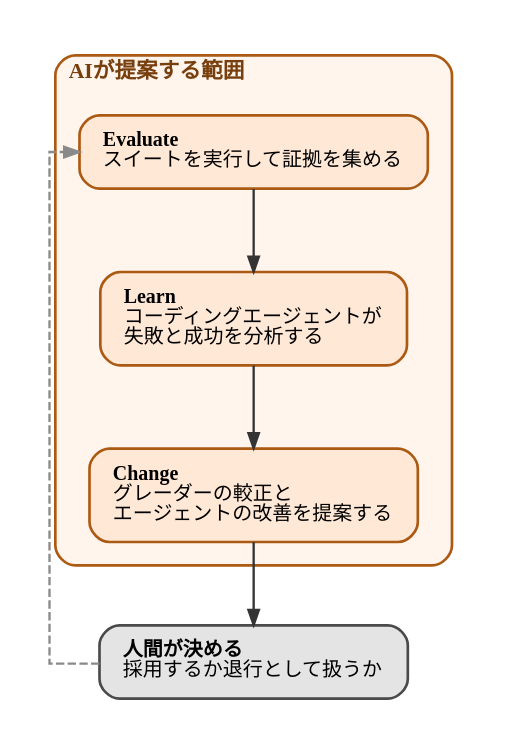
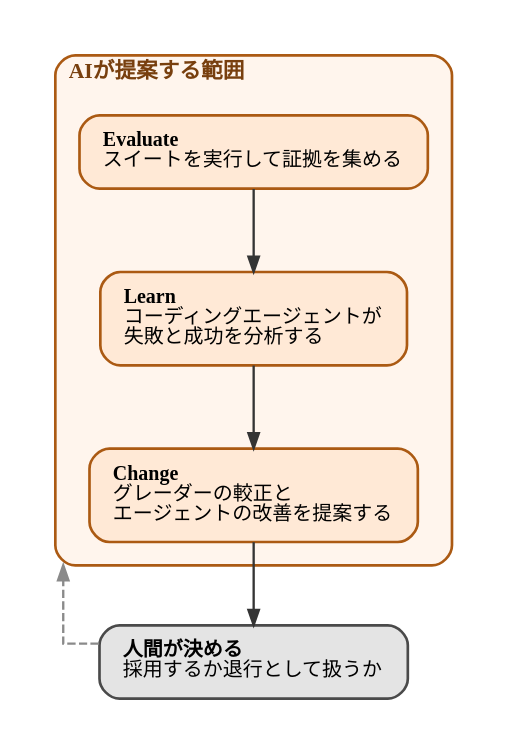
Before and after one commit to ymotongpoo/zenn.dev: the diagram in diagrams/20260929-agent-eval-loop/20260929-eval-loop.dot, drawn with Graphviz. The commit also changed 3 other files, not shown here.

First line of the commit message:
fix(articles): 引用を主張の核に絞り図3の破線を枠から離す

```diff
--- a/diagrams/20260929-agent-eval-loop/20260929-eval-loop.dot
+++ b/diagrams/20260929-agent-eval-loop/20260929-eval-loop.dot
@@ -1,63 +1,77 @@
 // 記事「オブザーバビリティのAIエージェントをどう評価するか」用。
 // Evaluate / Learn / Change の3段と、人間が決める位置を示す。
 //
 // 出典: Yasir Ekinci「Building an evaluation loop for Grafana Assistant」
 // "It is a practical loop where AI proposes, benchmarks verify, and humans decide."
 //
 // 色はブランドパレットに従う。周回の3段は主系列（Orange）、人間の判断は中立（Neutral）。
 // 規範: クラスタをまたぐ辺にラベルを付けない（枠線を跨ぐため）。
-// 各段の具体的な作業内容は本文に置き、図はノード名＋1〜2行に留める。
+//
+// 戻りの破線は、始点(human)がクラスタ外・終点(evaluate)がクラスタ内のため
+// dot は既定では枠の内側を這う経路を引く。対策を2つ重ねている:
+//   1. lhead=cluster_auto で破線を枠の外側で止める（内側通過を解消）
+//   2. human の左に不可視スペーサーを置き rank=same で human を右へ寄せて、
+//      破線が枠から離れた位置を通るようにする（枠との距離 1.2pt → 11.1pt）
+// cluster の margin を広げる方法では内側を這う問題が解決しないため使わない。
 digraph eval_loop {
   graph [
     fontname="IBM Plex Sans JP", fontsize=13,
     rankdir=TB,
     compound=true, splines=ortho,
     nodesep=0.45, ranksep=0.7, pad=0.25,
     bgcolor="white", newrank=true
   ];
   node [
     fontname="IBM Plex Sans JP", fontsize=12,
     shape=box, style="rounded,filled",
     fillcolor="#F1F1F1", color="#4A4A4A", penwidth=1.6,
     margin="0.2,0.14"
   ];
   edge [
     fontname="IBM Plex Sans JP", fontsize=11,
     color="#343434", penwidth=1.4, arrowsize=0.9,
     fontcolor="#171717"
   ];
 
   subgraph cluster_auto {
     graph [
       label=<<b>AIが提案する範囲</b>>,
       labeljust="l",
       style="rounded", color="#AB5A13", penwidth=1.6,
       margin=14, bgcolor="#FFF5ED",
       fontcolor="#783F0E"
     ];
 
     evaluate [
       label=<<b>Evaluate</b><br align="left"/>スイートを実行して証拠を集める<br align="left"/>>,
       fillcolor="#FFE9D6", color="#AB5A13"
     ];
     learn [
       label=<<b>Learn</b><br align="left"/>コーディングエージェントが<br align="left"/>失敗と成功を分析する<br align="left"/>>,
       fillcolor="#FFE9D6", color="#AB5A13"
     ];
     change [
       label=<<b>Change</b><br align="left"/>グレーダーの較正と<br align="left"/>エージェントの改善を提案する<br align="left"/>>,
       fillcolor="#FFE9D6", color="#AB5A13"
     ];
 
     evaluate -> learn;
     learn -> change;
   }
 
+  spacer [style=invis, shape=point, width=0.4, height=0.01, label=""];
+
   human [
     label=<<b>人間が決める</b><br align="left"/>採用するか退行として扱うか<br align="left"/>>,
     fillcolor="#E4E4E4", color="#4A4A4A"
   ];
 
+  { rank=same; spacer; human; }
+  spacer -> human [style=invis, minlen=0];
+
   change -> human;
-  human -> evaluate [style=dashed, color="#8A8A8A", constraint=false];
+  human -> evaluate [
+    style=dashed, color="#8A8A8A", constraint=false,
+    lhead=cluster_auto
+  ];
 }
```
